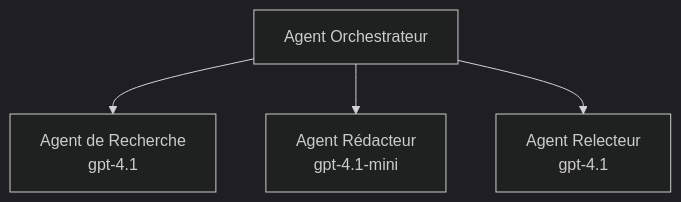
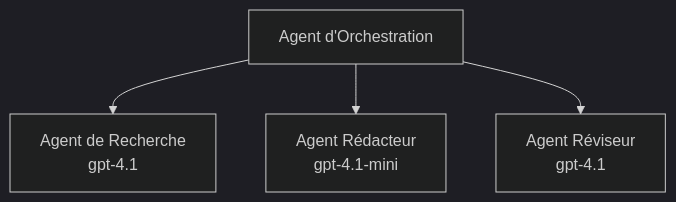
Before and after one commit to microsoft/AZD-for-beginners: the third of 3 diagrams in translations/fr/docs/chapter-02-ai-development/agents.md, drawn with Mermaid (dark theme). The commit also changed other lines of this file and 61 other files, not shown here.

````diff
--- a/translations/fr/docs/chapter-02-ai-development/agents.md
+++ b/translations/fr/docs/chapter-02-ai-development/agents.md
@@ -201,6 +201,6 @@
 ```mermaid
 graph TD
-    Orchestrator[Agent Orchestrateur] --> Research[Agent de Recherche<br/>gpt-4.1]
+    Orchestrator[Agent d'Orchestration] --> Research[Agent de Recherche<br/>gpt-4.1]
     Orchestrator --> Writer[Agent Rédacteur<br/>gpt-4.1-mini]
-    Orchestrator --> Reviewer[Agent Relecteur<br/>gpt-4.1]
+    Orchestrator --> Reviewer[Agent Réviseur<br/>gpt-4.1]
 ```
````
